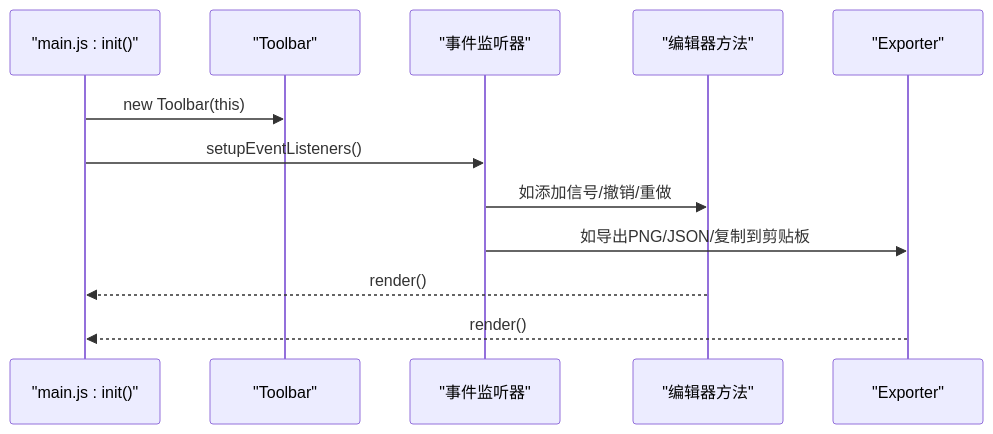
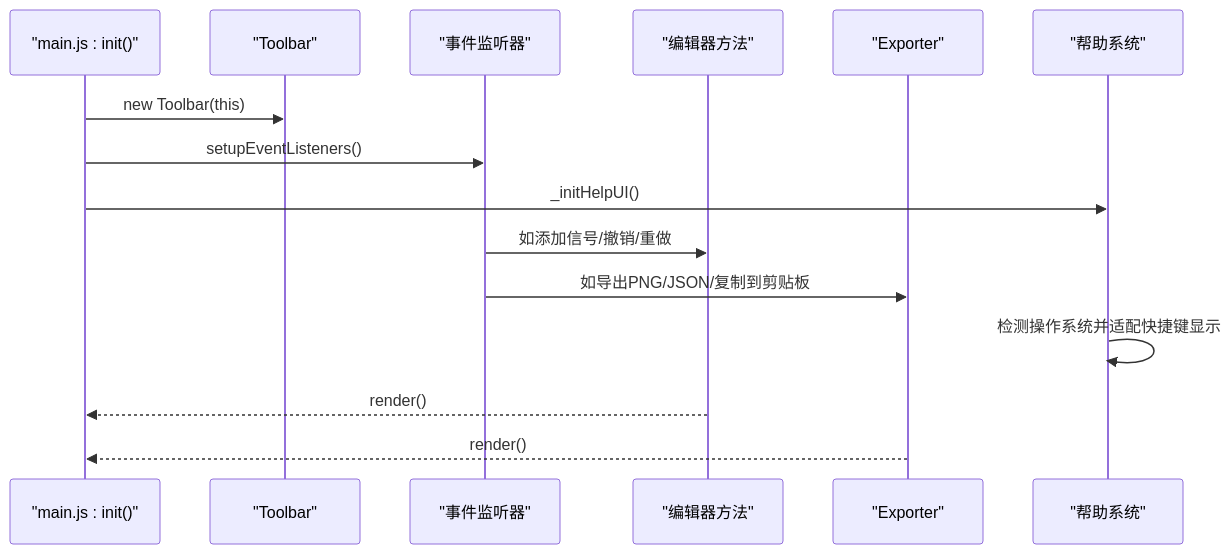
The fifth of 6 diagrams in .qoder/repowiki/zh/content/用户界面组件/工具栏组件.md (nht123456/waveform-editor), drawn with Mermaid before and after one commit. The commit also changed other lines of this file and 12 other files, not shown here.

````diff
--- a/.qoder/repowiki/zh/content/用户界面组件/工具栏组件.md
+++ b/.qoder/repowiki/zh/content/用户界面组件/工具栏组件.md
@@ -200,14 +218,17 @@
 ```mermaid
 sequenceDiagram
 participant Init as "main.js : init()"
 participant T as "Toolbar"
 participant L as "事件监听器"
 participant E as "编辑器方法"
 participant Ex as "Exporter"
+participant Help as "帮助系统"
 Init->>T : new Toolbar(this)
 Init->>L : setupEventListeners()
+Init->>Help : _initHelpUI()
 L->>E : 如添加信号/撤销/重做
 L->>Ex : 如导出PNG/JSON/复制到剪贴板
+Help->>Help : 检测操作系统并适配快捷键显示
 E-->>Init : render()
 Ex-->>Init : render()
 ```
````
